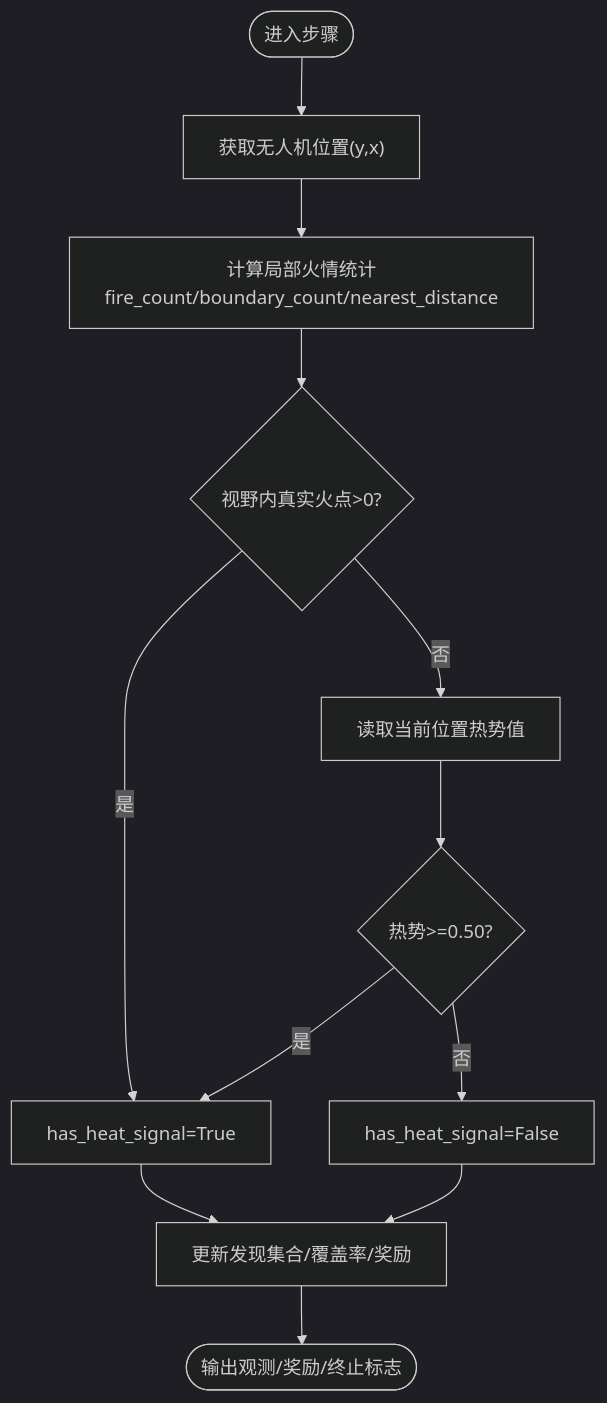
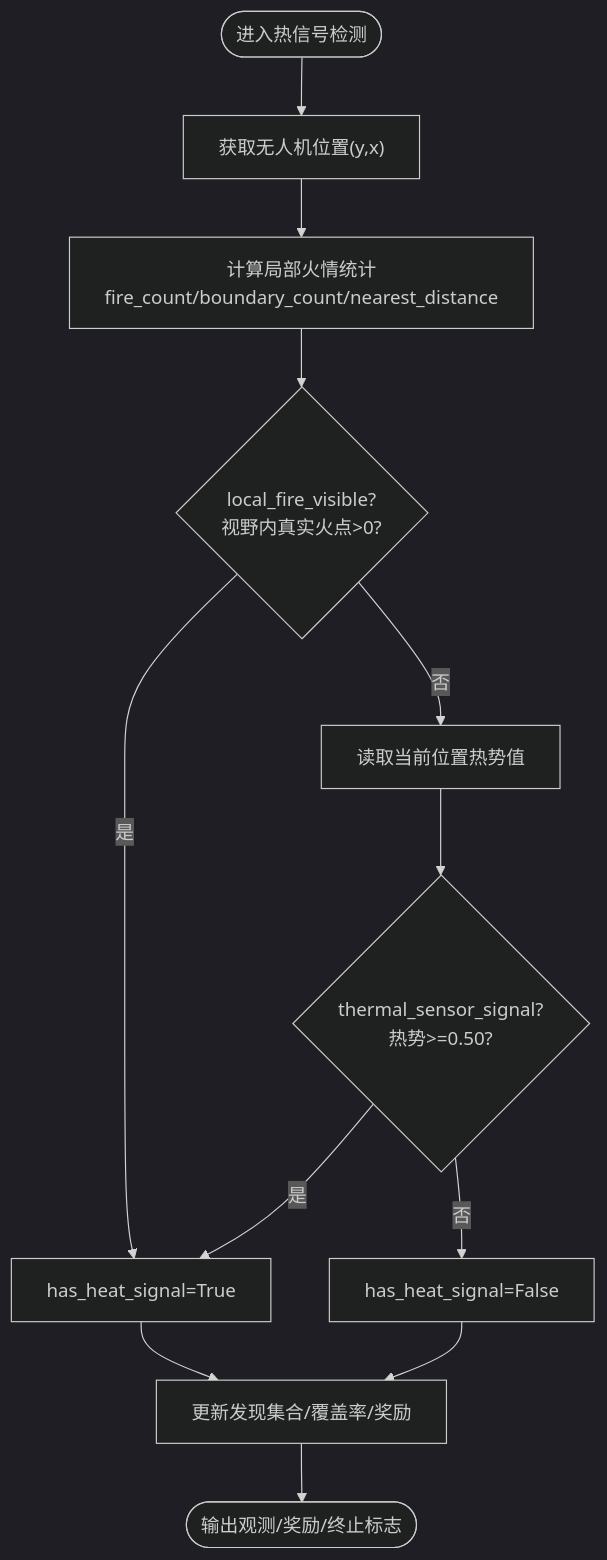
Before and after one commit to xixi10001/self_Adaptive: the third of 5 diagrams in .qoder/repowiki/zh/content/项目概述/核心功能特性/热场优化计算/热场算法核心/热信号分层判定系统.md, drawn with Mermaid (dark theme). The commit also changed other lines of this file and 21 other files, not shown here.

````diff
--- a/.qoder/repowiki/zh/content/项目概述/核心功能特性/热场优化计算/热场算法核心/热信号分层判定系统.md
+++ b/.qoder/repowiki/zh/content/项目概述/核心功能特性/热场优化计算/热场算法核心/热信号分层判定系统.md
@@ -147,14 +144,14 @@
 ```mermaid
 flowchart TD
-Start(["进入步骤"]) --> GetPos["获取无人机位置(y,x)"]
+Start(["进入热信号检测"]) --> GetPos["获取无人机位置(y,x)"]
 GetPos --> LocalInfo["计算局部火情统计<br/>fire_count/boundary_count/nearest_distance"]
-LocalInfo --> CheckVisible{"视野内真实火点>0?"}
+LocalInfo --> CheckVisible{"local_fire_visible?<br/>视野内真实火点>0?"}
 CheckVisible --> |是| HasSignal["has_heat_signal=True"]
 CheckVisible --> |否| ReadHeat["读取当前位置热势值"]
-ReadHeat --> HeatCheck{"热势>=0.50?"}
+ReadHeat --> HeatCheck{"thermal_sensor_signal?<br/>热势>=0.50?"}
 HeatCheck --> |是| HasSignal
 HeatCheck --> |否| NoSignal["has_heat_signal=False"]
 HasSignal --> UpdateState["更新发现集合/覆盖率/奖励"]
 NoSignal --> UpdateState
 UpdateState --> End(["输出观测/奖励/终止标志"])
 ```
````
